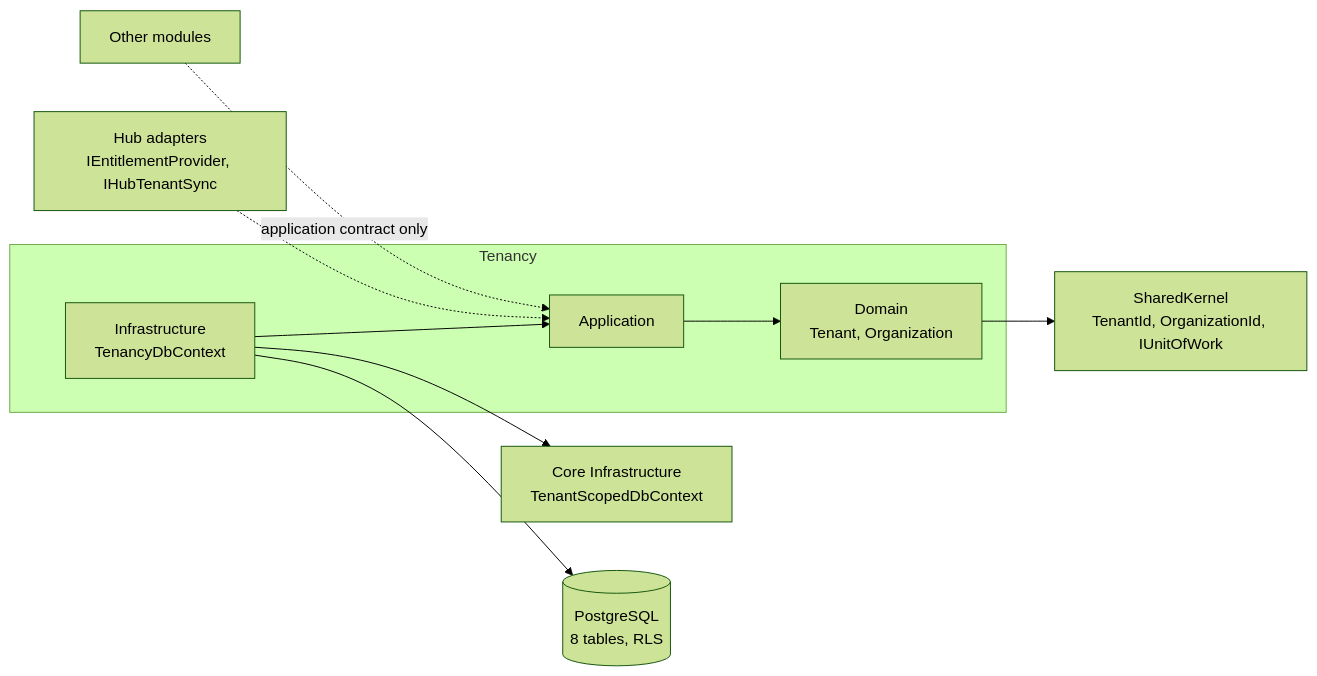
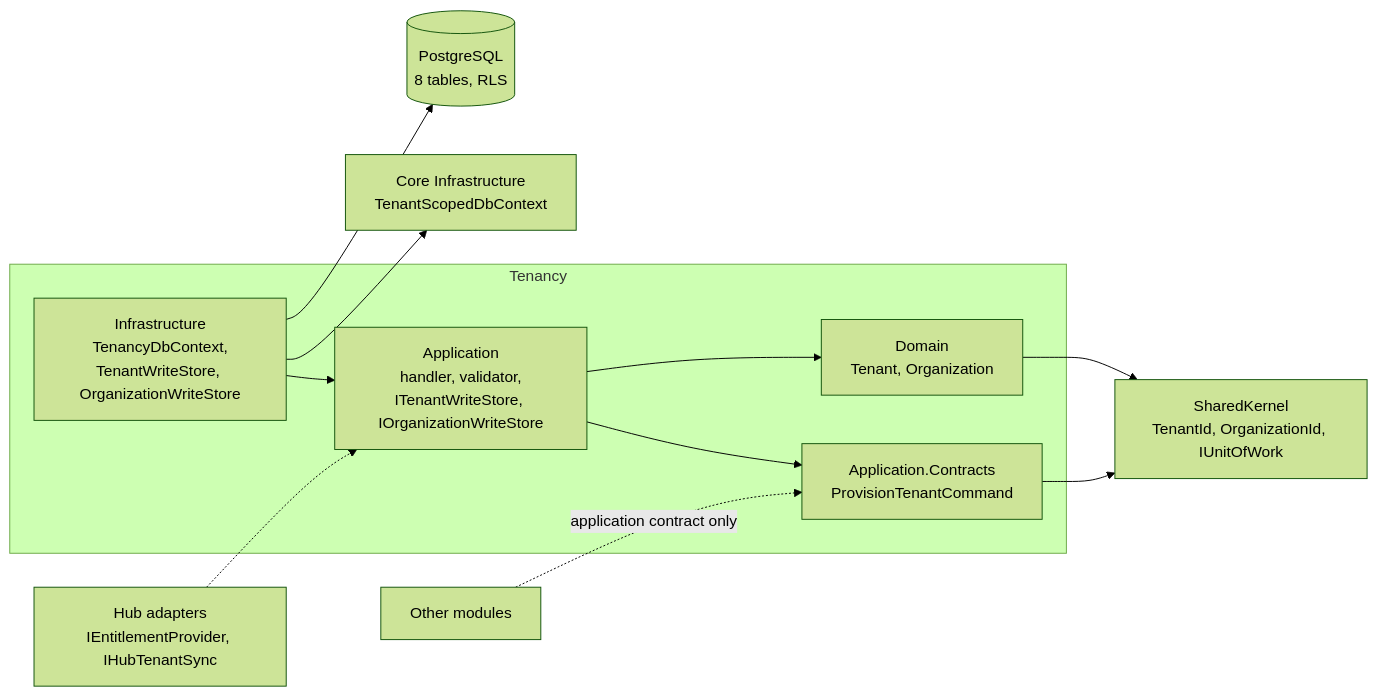
The sixth of 6 diagrams in docs/modules/tenancy/README.md (HodeTech/LearnStack), drawn with Mermaid (forest theme) before and after one commit. The commit also changed other lines of this file and 16 other files, not shown here.

````diff
--- a/docs/modules/tenancy/README.md
+++ b/docs/modules/tenancy/README.md
@@ -247,21 +258,24 @@
 ```mermaid
 flowchart LR
     subgraph Tenancy
         DOM[Domain<br/>Tenant, Organization]
-        APP[Application]
-        INF[Infrastructure<br/>TenancyDbContext]
+        CON[Application.Contracts<br/>ProvisionTenantCommand]
+        APP[Application<br/>handler, validator,<br/>ITenantWriteStore, IOrganizationWriteStore]
+        INF[Infrastructure<br/>TenancyDbContext,<br/>TenantWriteStore, OrganizationWriteStore]
     end
     SK[SharedKernel<br/>TenantId, OrganizationId, IUnitOfWork]
     CORE[Core Infrastructure<br/>TenantScopedDbContext]
     PG[(PostgreSQL<br/>8 tables, RLS)]
     HUB[Hub adapters<br/>IEntitlementProvider, IHubTenantSync]
     OTHER[Other modules]
 
     DOM --> SK
+    CON --> SK
+    APP --> CON
     APP --> DOM
     INF --> APP
     INF --> CORE
     INF --> PG
     HUB -.-> APP
-    OTHER -.->|application contract only| APP
+    OTHER -.->|application contract only| CON
 ```
````
